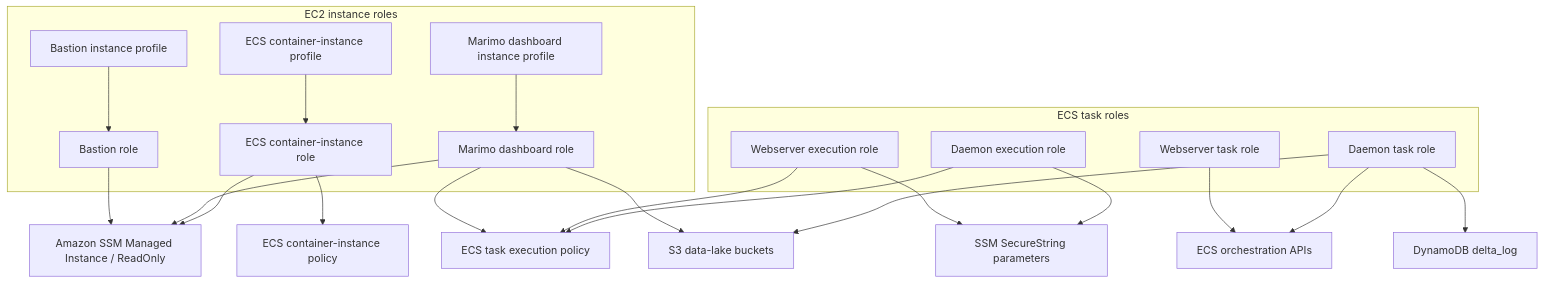
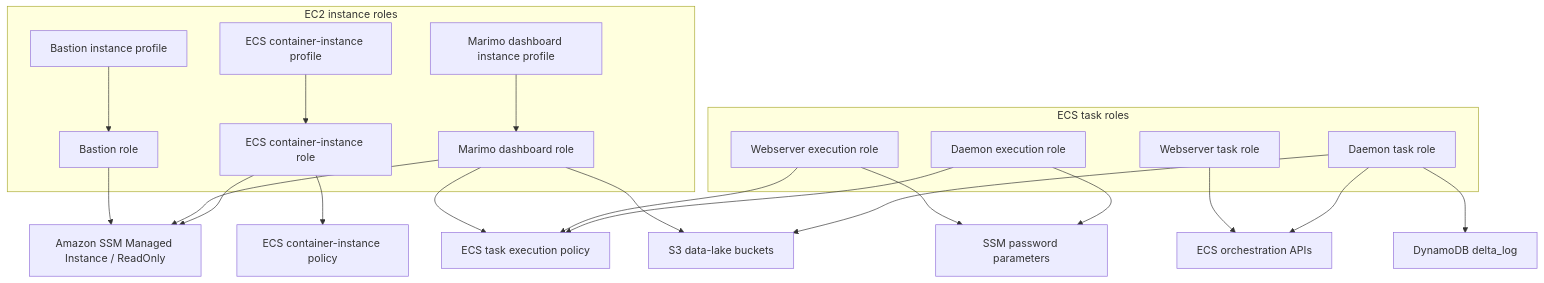
One commit to Chr1sC0de/energy-market-delta-lake changed the first of 2 diagrams in infrastructure/aws-pulumi/docs/identity-and-discovery.md. Above: the diagram before and after it, drawn with Mermaid. The commit also changed other lines of this file and 11 other files, not shown here.

````diff
--- a/infrastructure/aws-pulumi/docs/identity-and-discovery.md
+++ b/infrastructure/aws-pulumi/docs/identity-and-discovery.md
@@ -25,44 +25,44 @@
 ```mermaid
 flowchart TB
     subgraph EC2Roles[EC2 instance roles]
         BASTIONROLE[Bastion role]
         BASTIONPROFILE[Bastion instance profile]
         ECSINSTANCEROLE[ECS container-instance role]
         ECSINSTANCEPROFILE[ECS container-instance profile]
         MARIMOROLE[Marimo dashboard role]
         MARIMOPROFILE[Marimo dashboard instance profile]
     end
 
     subgraph ECSRoles[ECS task roles]
         WEBEXEC[Webserver execution role]
         WEBTASK[Webserver task role]
         DAEMONEXEC[Daemon execution role]
         DAEMONTASK[Daemon task role]
     end
 
     SSM[Amazon SSM Managed Instance / ReadOnly]
     ECSINSTANCEPOLICY[ECS container-instance policy]
     ECRPOLICY[ECS task execution policy]
     ECSAPI[ECS orchestration APIs]
     DDB[DynamoDB delta_log]
     S3[S3 data-lake buckets]
-    SSMPARAM[SSM SecureString parameters]
+    SSMPARAM[SSM password parameters]
 
     BASTIONROLE --> SSM
     BASTIONPROFILE --> BASTIONROLE
     MARIMOPROFILE --> MARIMOROLE
     MARIMOROLE --> SSM
     MARIMOROLE --> ECRPOLICY
     MARIMOROLE --> S3
     ECSINSTANCEPROFILE --> ECSINSTANCEROLE
     ECSINSTANCEROLE --> ECSINSTANCEPOLICY
     ECSINSTANCEROLE --> SSM
     WEBEXEC --> ECRPOLICY
     DAEMONEXEC --> ECRPOLICY
     WEBEXEC --> SSMPARAM
     DAEMONEXEC --> SSMPARAM
     WEBTASK --> ECSAPI
     DAEMONTASK --> ECSAPI
     DAEMONTASK --> DDB
     DAEMONTASK --> S3
 ```
````
